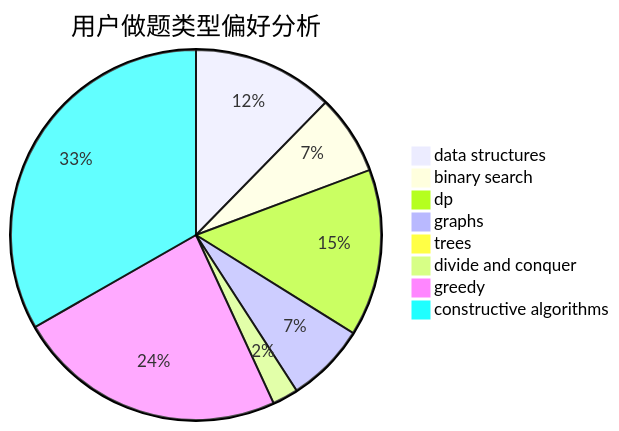
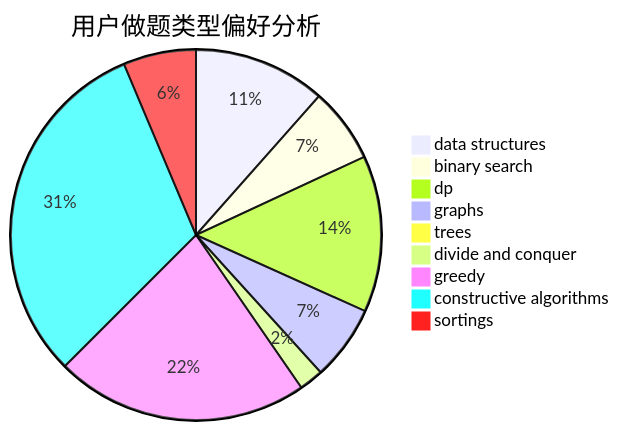
The second of 3 diagrams in docs/user/u2150.md (sherpahu/cfrs.github.io), drawn with Mermaid before and after one commit. The commit also changed other lines of this file and 2769 other files, not shown here.

````diff
--- a/docs/user/u2150.md
+++ b/docs/user/u2150.md
@@ -23,11 +18,12 @@
 ```mermaid
 pie title 用户做题类型偏好分析
     "data structures" :  60
     "binary search" :  34
     "dp" :  71
     "graphs" :  34
     "trees" :  2
     "divide and conquer" :  11
     "greedy" :  115
     "constructive algorithms" :  162
+    "sortings" :  33
 ```
````
